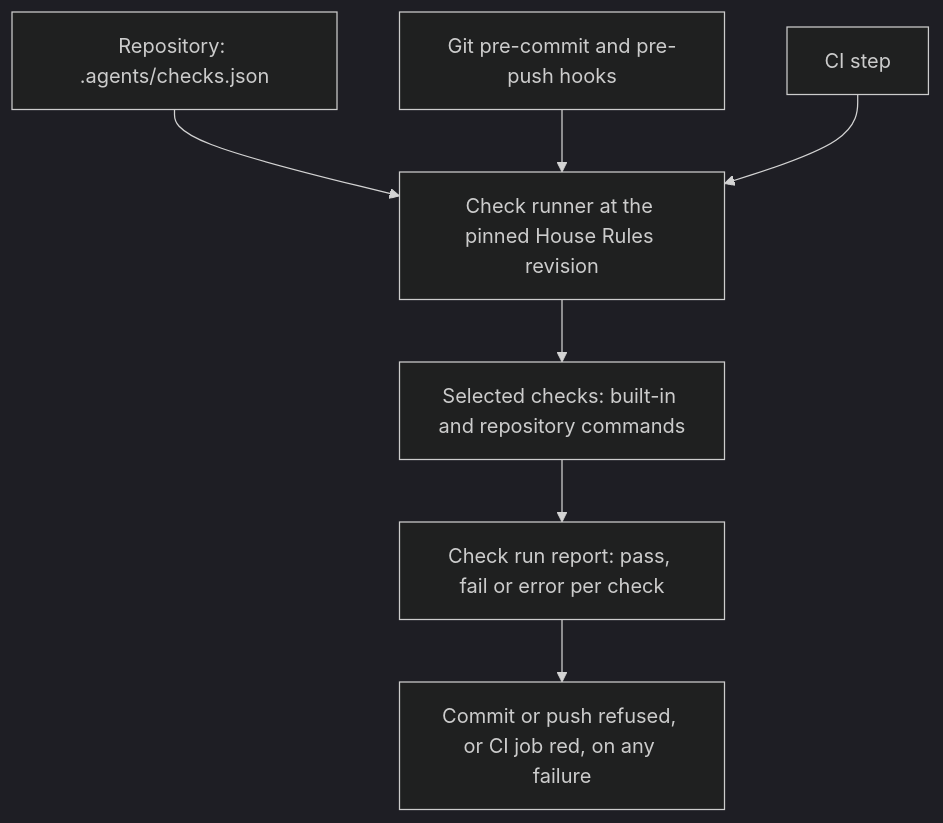
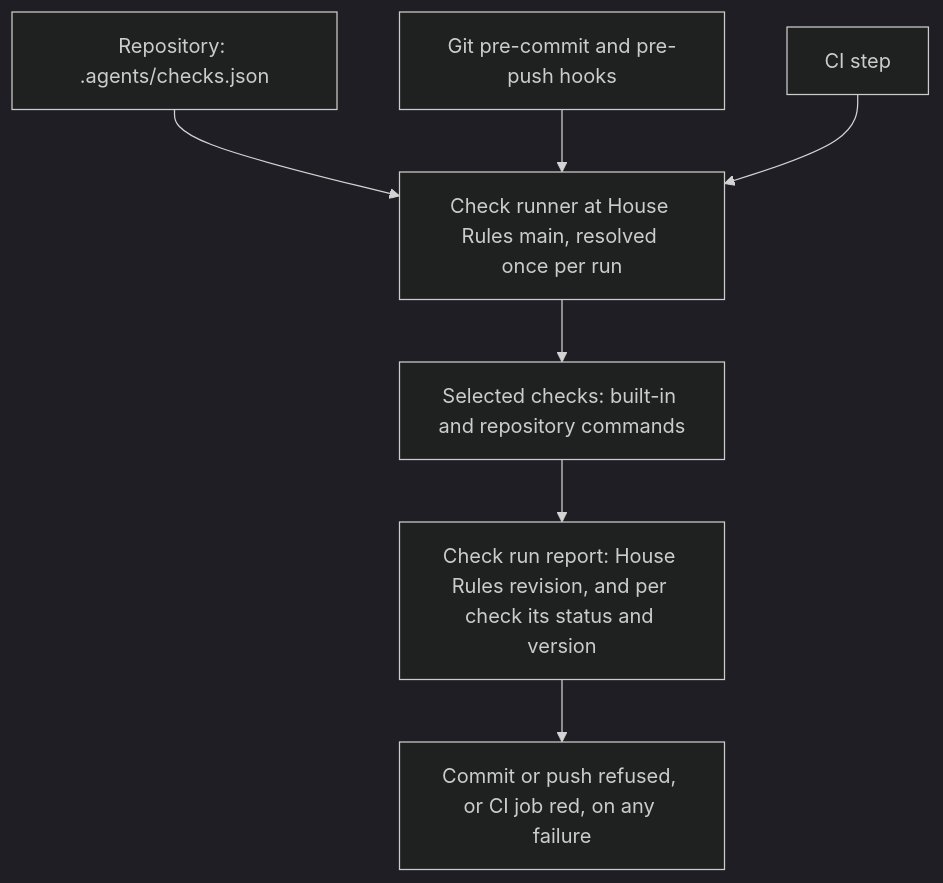
Before and after one commit to symbiotic-build/house-rules: the diagram in docs/design/194-repository-checks.md, drawn with Mermaid (dark theme). The commit also changed other lines of this file and 3 other files, not shown here.

First line of the commit message:
feat(checks): run at House Rules main, log versions and warn first

````diff
--- a/docs/design/194-repository-checks.md
+++ b/docs/design/194-repository-checks.md
@@ -13,9 +13,9 @@
 ```mermaid
 flowchart TD
-    A["Repository: .agents/checks.json"] --> B["Check runner at the pinned House Rules revision"]
+    A["Repository: .agents/checks.json"] --> B["Check runner at House Rules main, resolved once per run"]
     C["Git pre-commit and pre-push hooks"] --> B
     D["CI step"] --> B
     B --> E["Selected checks: built-in and repository commands"]
-    E --> F["Check run report: pass, fail or error per check"]
+    E --> F["Check run report: House Rules revision, and per check its status and version"]
     F --> G["Commit or push refused, or CI job red, on any failure"]
 ```
````
